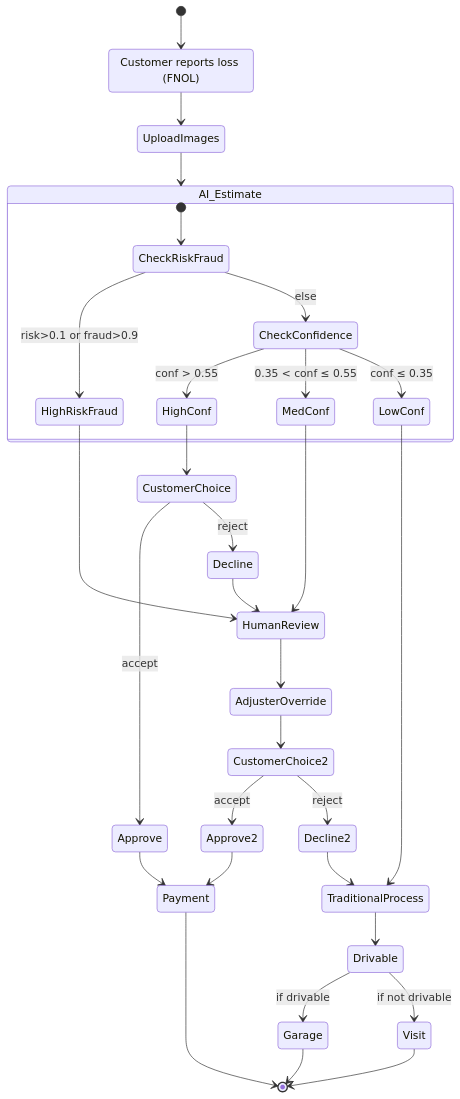
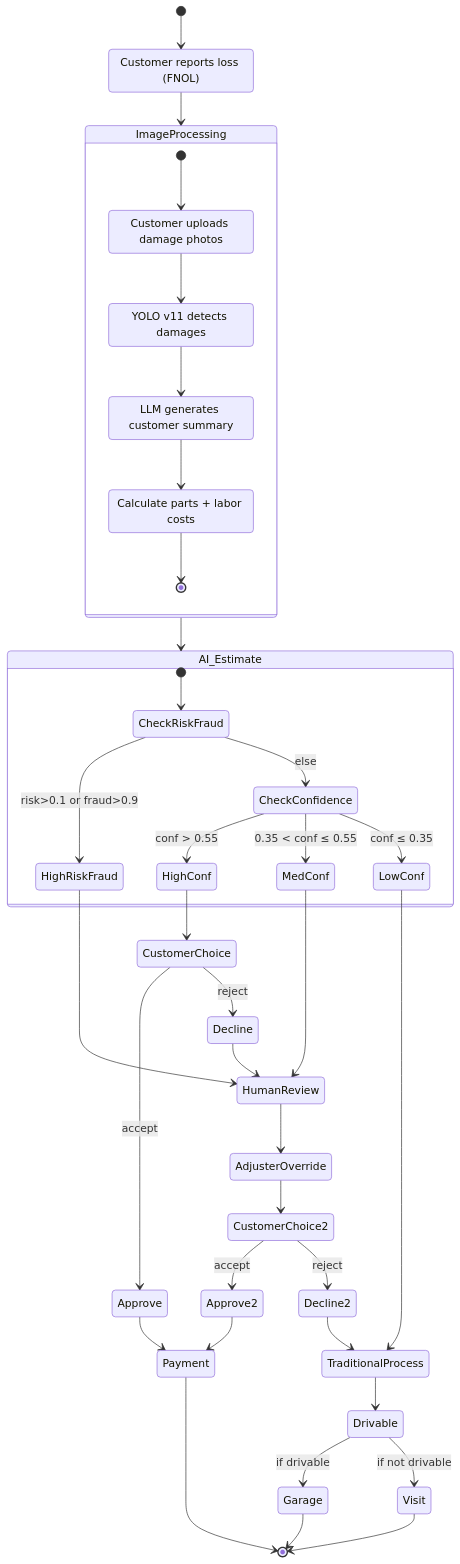
One commit to acloudfan/Acme-Claim-Management-Solution changed the diagram in specifications/diagrams/claim-flow-with-ai.mmd. Above: the diagram before and after it, drawn with Mermaid. The commit also changed 25 other files, not shown here.

```diff
--- a/specifications/diagrams/claim-flow-with-ai.mmd
+++ b/specifications/diagrams/claim-flow-with-ai.mmd
@@ -1,45 +1,57 @@
 stateDiagram-v2
     [*] --> FNOL
     FNOL : Customer reports loss (FNOL)
-    FNOL --> UploadImages
+    FNOL --> ImageProcessing
 
-    UploadImages --> AI_Estimate
+    state ImageProcessing {
+        [*] --> UploadImages
+        UploadImages : Customer uploads damage photos
+        UploadImages --> YOLO_Detection
+        YOLO_Detection : YOLO v11 detects damages
+        YOLO_Detection --> DamageSummary
+        DamageSummary : LLM generates customer summary
+        DamageSummary --> CostEstimation
+        CostEstimation : Calculate parts + labor costs
+        CostEstimation --> [*]
+    }
+
+    ImageProcessing --> AI_Estimate
 
     state AI_Estimate {
         [*] --> CheckRiskFraud
         CheckRiskFraud --> HighRiskFraud : risk>0.1 or fraud>0.9
         CheckRiskFraud --> CheckConfidence : else
-        
+
         CheckConfidence --> HighConf : conf > 0.55
         CheckConfidence --> MedConf : 0.35 < conf ≤ 0.55
         CheckConfidence --> LowConf : conf ≤ 0.35
     }
 
     HighRiskFraud --> HumanReview
     MedConf --> HumanReview
 
     HighConf --> CustomerChoice
     CustomerChoice --> Approve : accept
     CustomerChoice --> Decline : reject
 
     Approve --> Payment
     Payment --> [*]
 
     Decline --> HumanReview
 
     HumanReview --> AdjusterOverride
     AdjusterOverride --> CustomerChoice2
 
     CustomerChoice2 --> Approve2 : accept
     CustomerChoice2 --> Decline2 : reject
     Approve2 --> Payment
 
     Decline2 --> TraditionalProcess
 
     LowConf --> TraditionalProcess
 
     TraditionalProcess --> Drivable
     Drivable --> Garage : if drivable
     Drivable --> Visit : if not drivable
     Garage --> [*]
     Visit --> [*]
```
